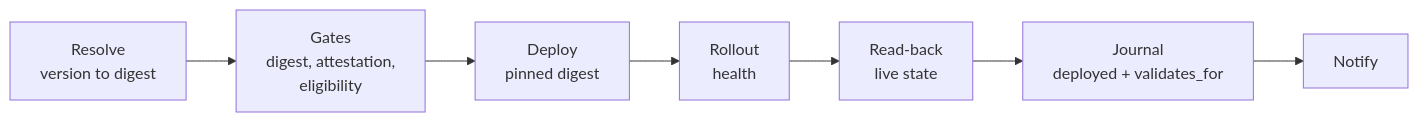
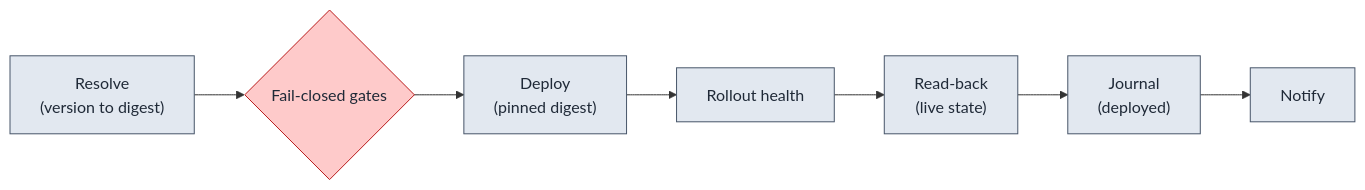
The third of 3 diagrams in README.md (getbrik/brik), drawn with Mermaid before and after one commit. The commit also changed other lines of this file and 9 other files, not shown here.

````diff
--- a/README.md
+++ b/README.md
@@ -157,9 +192,12 @@
 ```mermaid
 flowchart LR
-    resolve["Resolve<br/>version to digest"] --> gates["Gates<br/>digest, attestation,<br/>eligibility"]
-    gates --> deploy["Deploy<br/>pinned digest"]
-    deploy --> health["Rollout<br/>health"]
-    health --> readback["Read-back<br/>live state"]
-    readback --> journal["Journal<br/>deployed + validates_for"]
-    journal --> notify["Notify"]
+    resolve["Resolve<br/>(version to digest)"]:::stage --> gates
+    gates{"Fail-closed gates"}:::gate --> deploy["Deploy<br/>(pinned digest)"]:::stage
+    deploy --> health["Rollout health"]:::stage
+    health --> readback["Read-back<br/>(live state)"]:::stage
+    readback --> journal["Journal<br/>(deployed)"]:::stage
+    journal --> notify["Notify"]:::stage
+
+    classDef stage fill:#e2e8f0,stroke:#475569,color:#1f2937
+    classDef gate fill:#fecaca,stroke:#b91c1c,color:#1f2937
 ```
````
